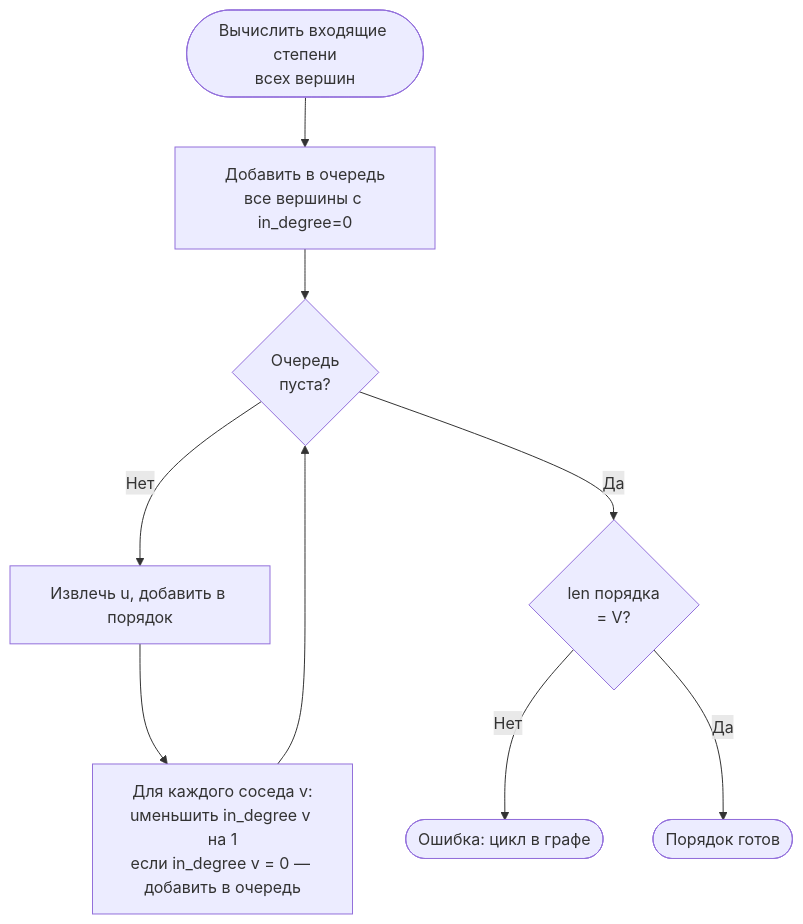
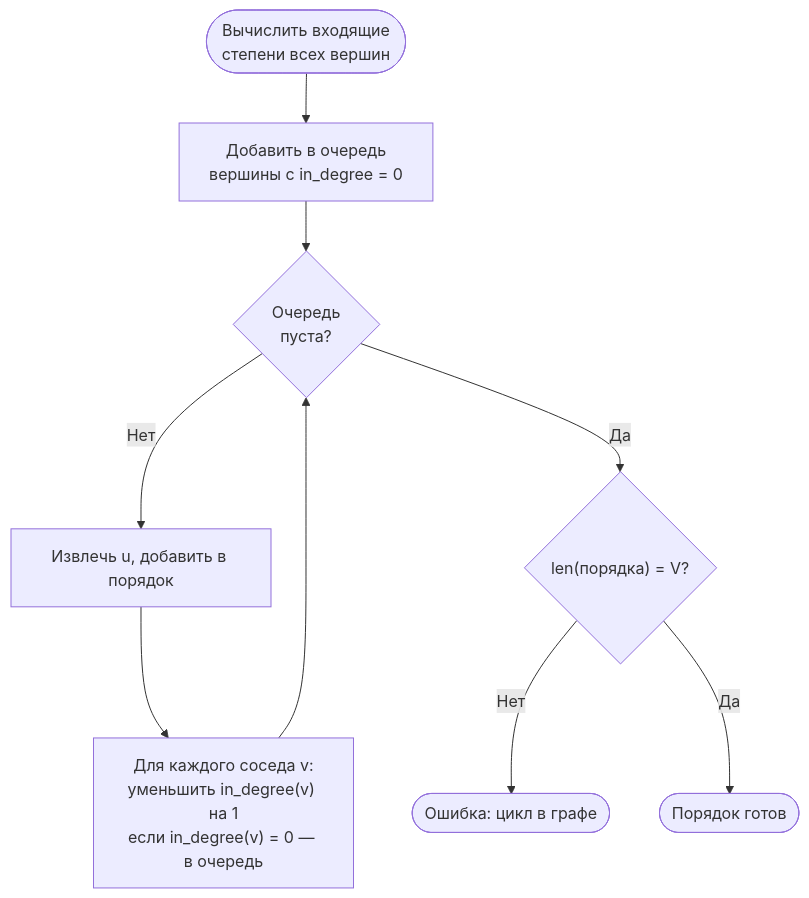
Before and after one commit to TheBandik/vvsu: the fourth of 4 diagrams in 2026H1/algorithm/labs/lab10.md, drawn with Mermaid. The commit also changed other lines of this file, not shown here.

Commit message:
fix lab10 for algorithm

````diff
--- a/2026H1/algorithm/labs/lab10.md
+++ b/2026H1/algorithm/labs/lab10.md
@@ -159,11 +159,11 @@
 ```mermaid
 flowchart TD
-    A([Вычислить входящие степени\nвсех вершин]) --> B[Добавить в очередь\nвсе вершины с in_degree=0]
-    B --> C{Очередь\nпуста?}
-    C -- Нет --> D[Извлечь u, добавить в порядок]
-    D --> E[Для каждого соседа v:\nuменьшить in_degree v на 1\nесли in_degree v = 0 — добавить в очередь]
+    A(["Вычислить входящие<br/>степени всех вершин"]) --> B["Добавить в очередь<br/>вершины с in_degree = 0"]
+    B --> C{"Очередь<br/>пуста?"}
+    C -- Нет --> D["Извлечь u, добавить в порядок"]
+    D --> E["Для каждого соседа v:<br/>уменьшить in_degree(v) на 1<br/>если in_degree(v) = 0 — в очередь"]
     E --> C
-    C -- Да --> F{len порядка\n= V?}
-    F -- Нет --> G([Ошибка: цикл в графе])
-    F -- Да --> H([Порядок готов])
+    C -- Да --> F{"len(порядка) = V?"}
+    F -- Нет --> G(["Ошибка: цикл в графе"])
+    F -- Да --> H(["Порядок готов"])
 ```
````
